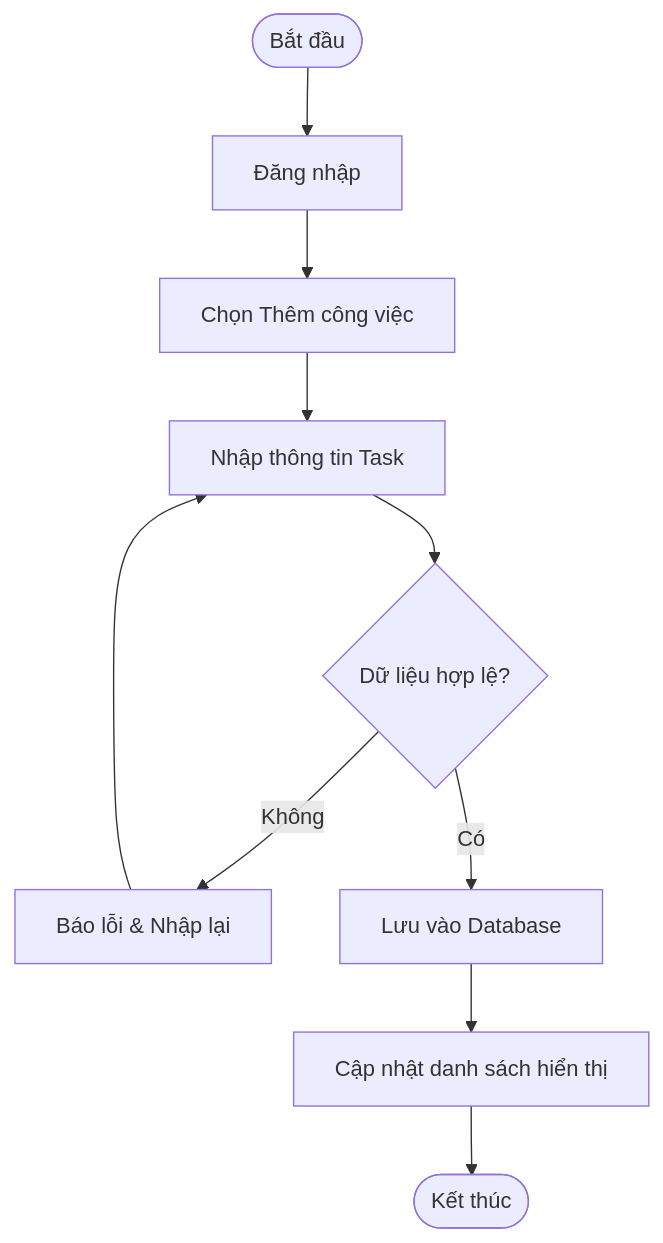
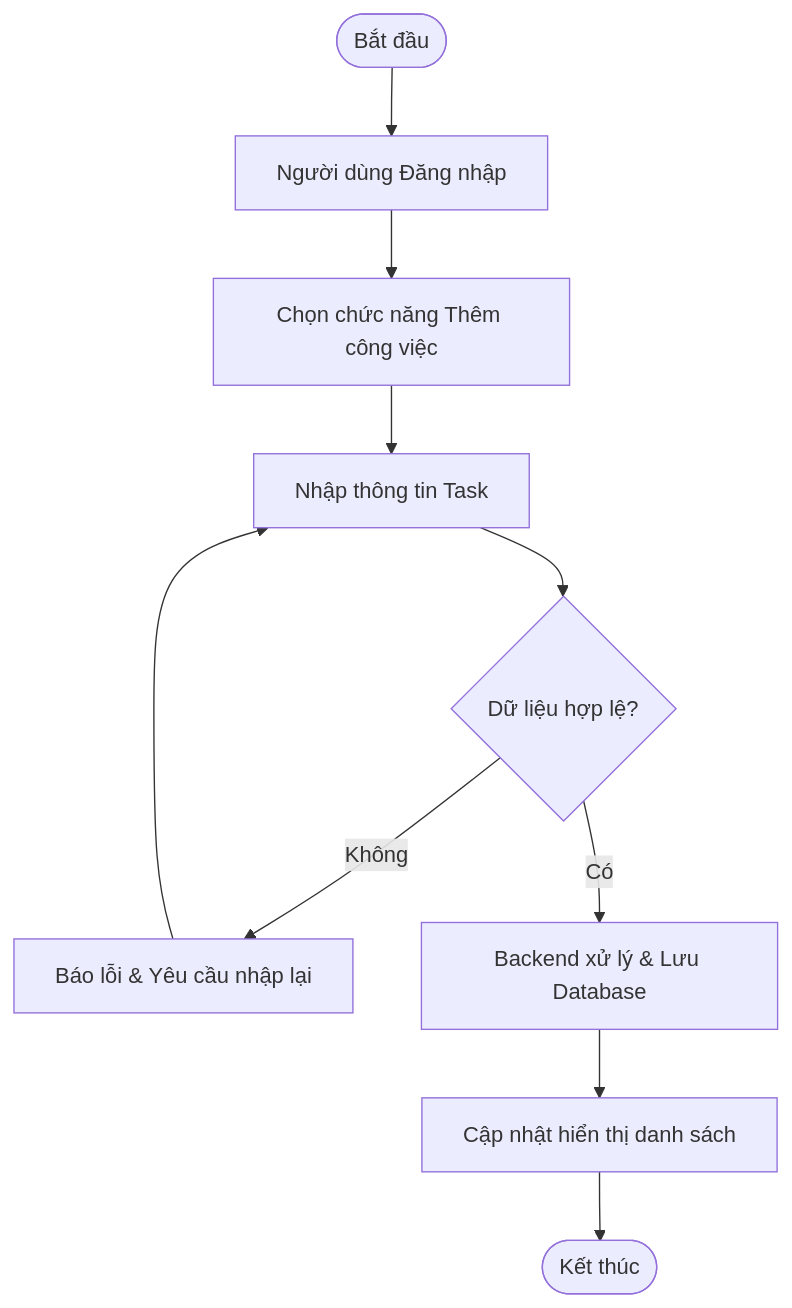
The second of 5 diagrams in ANALYSIS.md (anhngocto-prog/He-thong-quan-ly-va-theo-doi-tien-do-cong-viec-ca-nhan), drawn with Mermaid before and after one commit. The commit also changed other lines of this file, not shown here.

````diff
--- a/ANALYSIS.md
+++ b/ANALYSIS.md
@@ -122,14 +107,14 @@
 ```mermaid
 flowchart TD
-    A([Bắt đầu]) --> B[Đăng nhập]
-    B --> C[Chọn Thêm công việc]
+    A([Bắt đầu]) --> B[Người dùng Đăng nhập]
+    B --> C[Chọn chức năng Thêm công việc]
     C --> D[Nhập thông tin Task]
     D --> E{Dữ liệu hợp lệ?}
     
-    E -- Không --> F[Báo lỗi & Nhập lại]
+    E -- Không --> F[Báo lỗi & Yêu cầu nhập lại]
     F --> D
     
-    E -- Có --> G[Lưu vào Database]
-    G --> H[Cập nhật danh sách hiển thị]
+    E -- Có --> G[Backend xử lý & Lưu Database]
+    G --> H[Cập nhật hiển thị danh sách]
     H --> I([Kết thúc])
 ```
````
